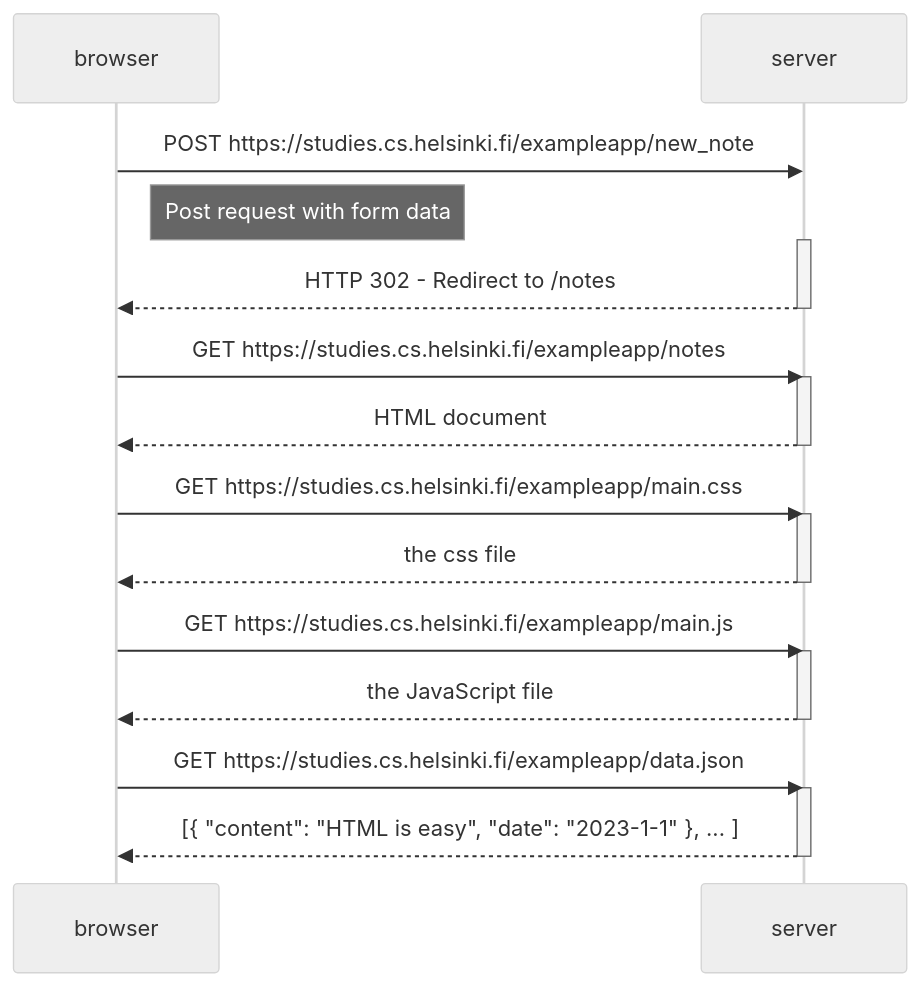
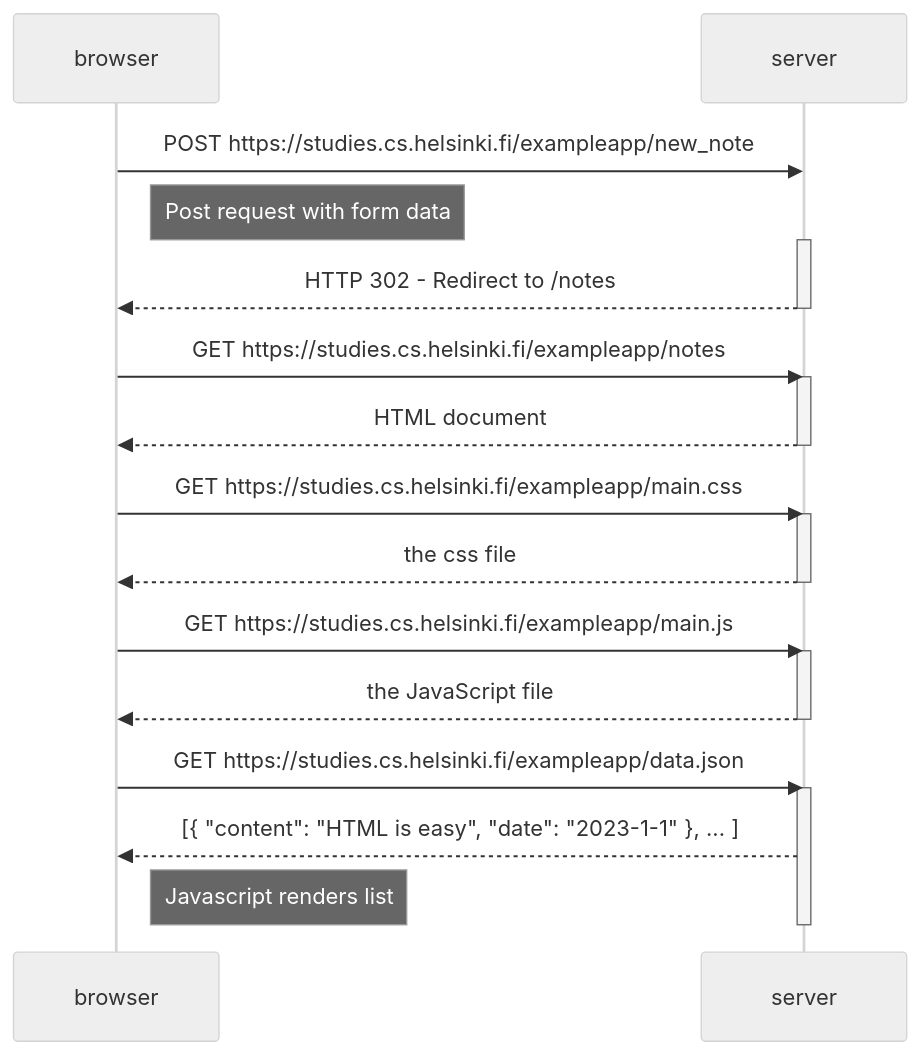
The diagram in part0/04-newNoteDiagram.md (ivanpo1/fullstackopen), drawn with Mermaid (neutral theme) before and after one commit.

````diff
--- a/part0/04-newNoteDiagram.md
+++ b/part0/04-newNoteDiagram.md
@@ -1,31 +1,32 @@
 ```mermaid
 sequenceDiagram
     participant browser
     participant server
 
     browser->>server: POST https://studies.cs.helsinki.fi/exampleapp/new_note
     Note right of browser: Post request with form data
     activate server
     server-->>browser: HTTP 302 - Redirect to /notes
     deactivate server
 
     browser->>server: GET https://studies.cs.helsinki.fi/exampleapp/notes
     activate server
     server-->>browser: HTML document
     deactivate server
 
     browser->>server: GET https://studies.cs.helsinki.fi/exampleapp/main.css
     activate server
     server-->>browser: the css file
     deactivate server
 
     browser->>server: GET https://studies.cs.helsinki.fi/exampleapp/main.js
     activate server
     server-->>browser: the JavaScript file
     deactivate server
 
     browser->>server: GET https://studies.cs.helsinki.fi/exampleapp/data.json
     activate server
     server-->>browser: [{ "content": "HTML is easy", "date": "2023-1-1" }, ... ]
+    Note right of browser: Javascript renders list
     deactivate server
 ```
````
